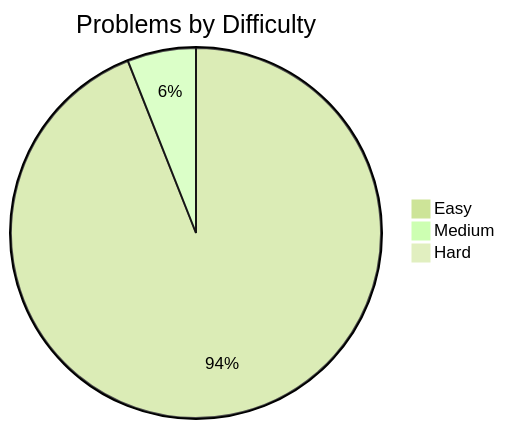
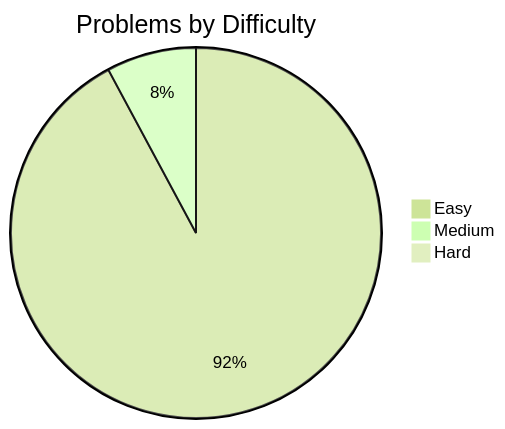
One commit to davelin18yufan/leetcode-journal changed the diagram in README.md. Above: the diagram before and after it, drawn with Mermaid (forest theme). The commit also changed other lines of this file and 6 other files, not shown here.

````diff
--- a/README.md
+++ b/README.md
@@ -7,7 +7,7 @@
 ```mermaid
 pie
     title Problems by Difficulty
     "Easy" : 47
-    "Medium" : 3
+    "Medium" : 4
     "Hard" : 0
 ```
````
